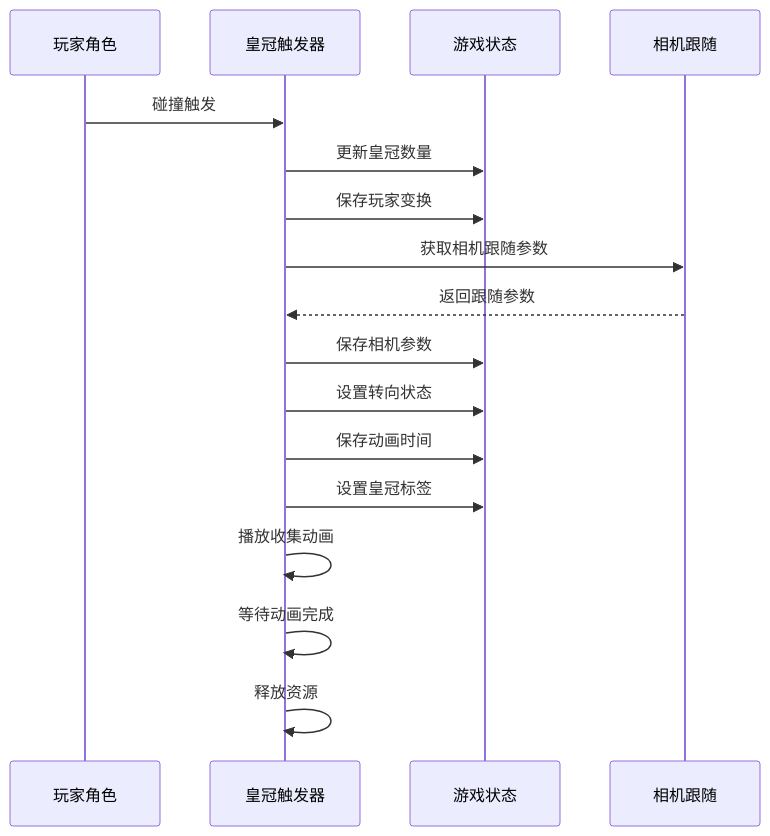
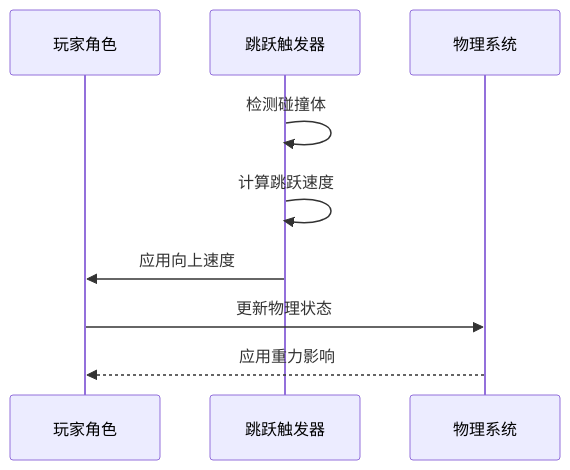
The fourth of 7 diagrams in .qoder/repowiki/zh/content/游戏系统/触发器系统/引导触发器.md (godotline/godot-line), drawn with Mermaid before and after one commit. The commit also changed other lines of this file and 212 other files, not shown here.

````diff
--- a/.qoder/repowiki/zh/content/游戏系统/触发器系统/引导触发器.md
+++ b/.qoder/repowiki/zh/content/游戏系统/触发器系统/引导触发器.md
@@ -319,19 +255,11 @@
 ```mermaid
 sequenceDiagram
 participant Player as 玩家角色
-participant Crown as 皇冠触发器
-participant State as 游戏状态
-participant Camera as 相机跟随
-Player->>Crown : 碰撞触发
-Crown->>State : 更新皇冠数量
-Crown->>State : 保存玩家变换
-Crown->>Camera : 获取相机跟随参数
-Camera-->>Crown : 返回跟随参数
-Crown->>State : 保存相机参数
-Crown->>State : 设置转向状态
-Crown->>State : 保存动画时间
-Crown->>State : 设置皇冠标签
-Crown->>Crown : 播放收集动画
-Crown->>Crown : 等待动画完成
-Crown->>Crown : 释放资源
+participant Trigger as 跳跃触发器
+participant Physics as 物理系统
+Trigger->>Trigger : 检测碰撞体
+Trigger->>Trigger : 计算跳跃速度
+Trigger->>Player : 应用向上速度
+Player->>Physics : 更新物理状态
+Physics-->>Player : 应用重力影响
 ```
````
